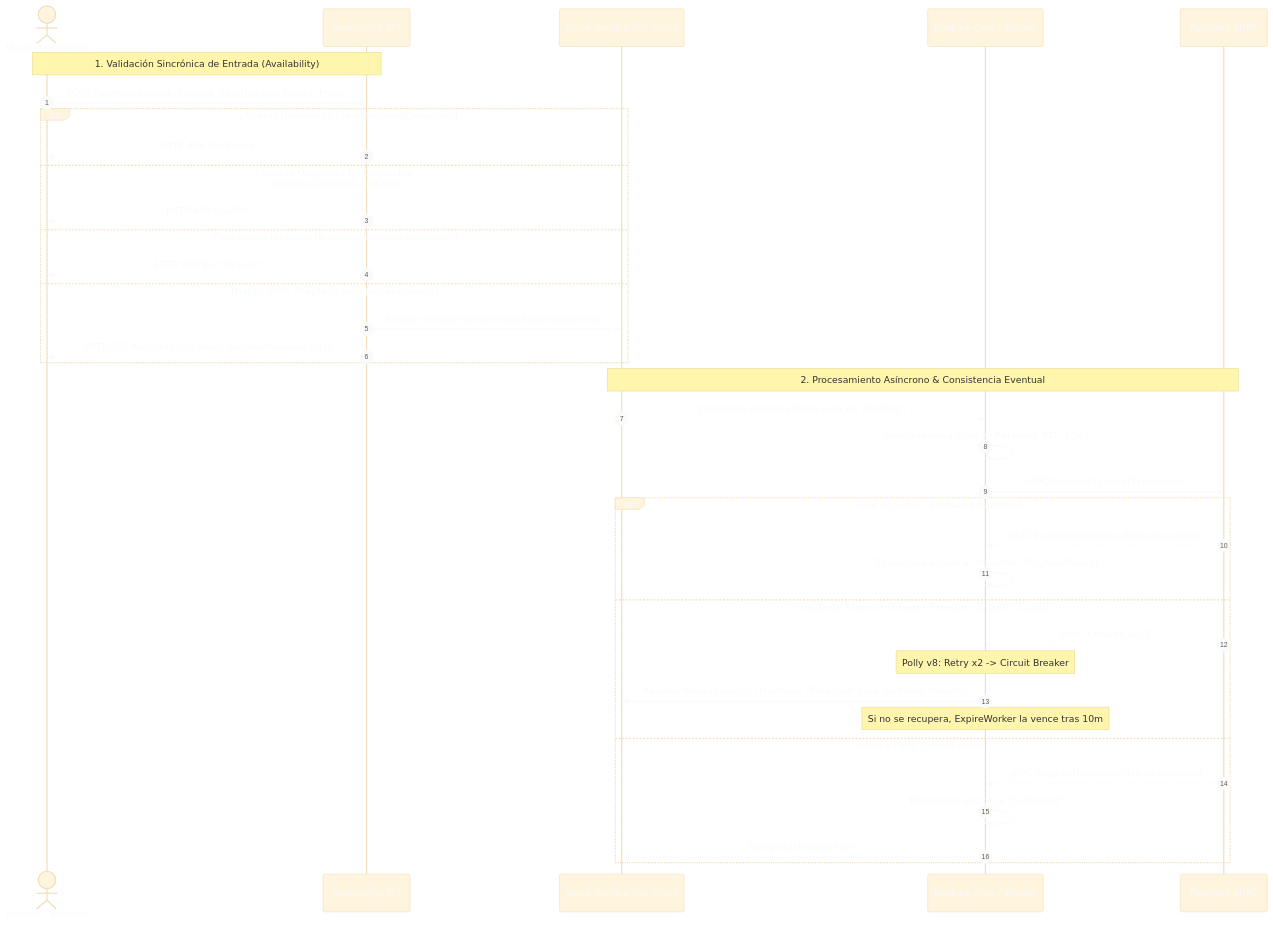
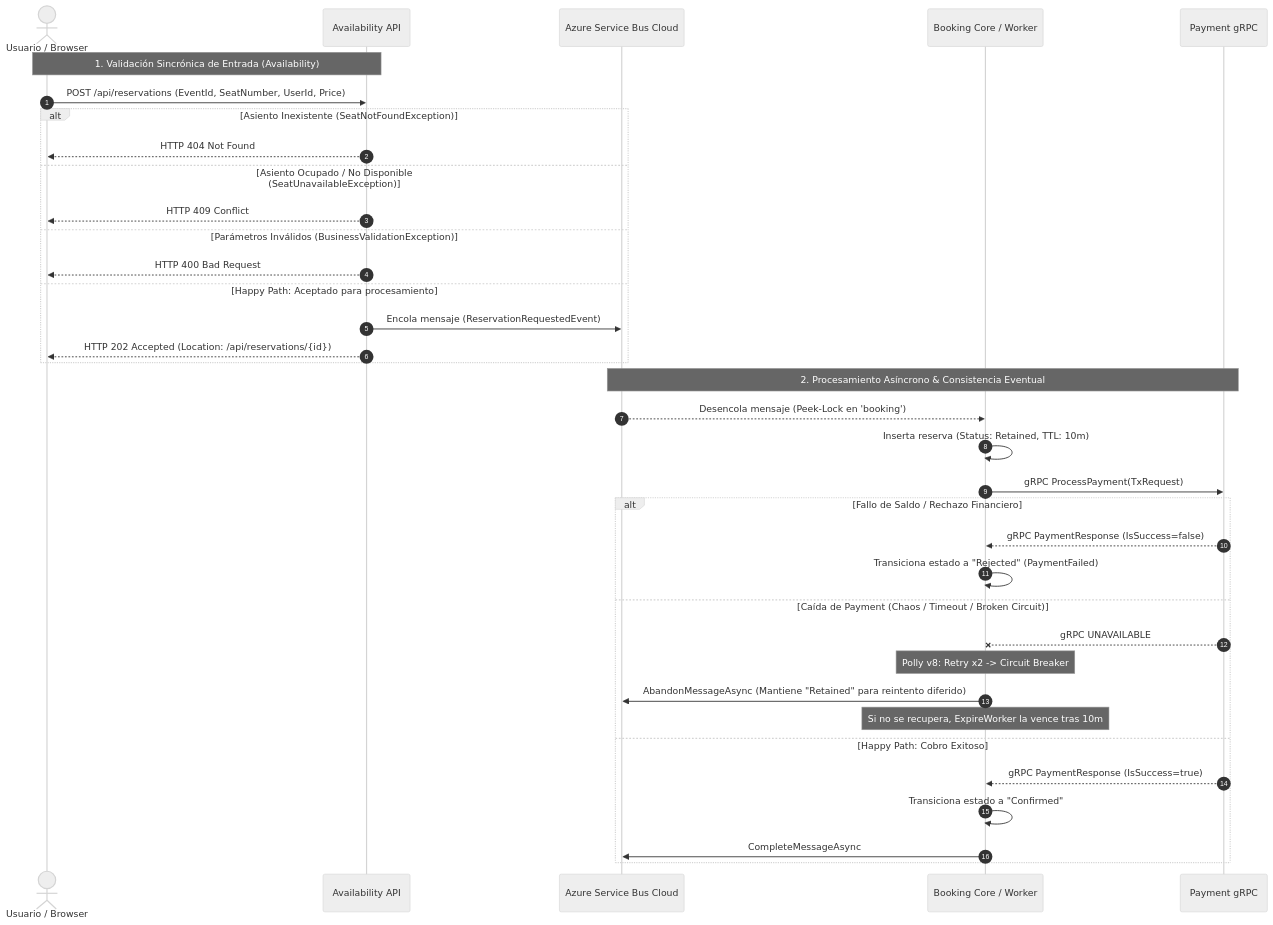
The fifth of 5 diagrams in docs/diagramas_arquitectura.md (arza-developer/tp-distribuidos-grupo2-asientos), drawn with Mermaid before and after one commit. The commit also changed other lines of this file and 11 other files, not shown here.

Commit message:
docs: corregir contraste neutral mermaid, eliminar inconsistencias y sincronizar e2e

````diff
--- a/docs/diagramas_arquitectura.md
+++ b/docs/diagramas_arquitectura.md
@@ -294,52 +228,43 @@
 ```mermaid
-%%{init: {
-  'theme': 'base',
-  'themeVariables': {
-    'fontSize': '12px',
-    'fontFamily': 'Segoe UI, Helvetica, sans-serif',
-    'primaryTextColor': '#f8fafc',
-    'edgeLabelBackground': '#1e293b',
-    'lineColor': '#94a3b8'
-  }
-}}%%
+%%{init: {'theme': 'neutral'}}%%
 sequenceDiagram
     autonumber
     actor User as Usuario / Browser
     participant Avail as Availability API
     participant Broker as Azure Service Bus Cloud
     participant Booking as Booking Core / Worker
     participant Payment as Payment gRPC
 
     Note over User,Avail: 1. Validación Sincrónica de Entrada (Availability)
     User->>Avail: POST /api/reservations (EventId, SeatNumber, UserId, Price)
     
     alt Asiento Inexistente (SeatNotFoundException)
         Avail-->>User: HTTP 404 Not Found
     else Asiento Ocupado / No Disponible (SeatUnavailableException)
         Avail-->>User: HTTP 409 Conflict
     else Parámetros Inválidos (BusinessValidationException)
         Avail-->>User: HTTP 400 Bad Request
     else Happy Path: Aceptado para procesamiento
         Avail->>Broker: Encola mensaje (ReservationRequestedEvent)
         Avail-->>User: HTTP 202 Accepted (Location: /api/reservations/{id})
     end
 
     Note over Broker,Payment: 2. Procesamiento Asíncrono & Consistencia Eventual
     Broker-->>Booking: Desencola mensaje (Peek-Lock en 'booking')
     Booking->>Booking: Inserta reserva (Status: Retained, TTL: 10m)
     Booking->>Payment: gRPC ProcessPayment(TxRequest)
     
     alt Fallo de Saldo / Rechazo Financiero
         Payment-->>Booking: gRPC PaymentResponse (IsSuccess=false)
         Booking->>Booking: Transiciona estado a "Rejected" (PaymentFailed)
     else Caída de Payment (Chaos / Timeout / Broken Circuit)
         Payment--xBooking: gRPC UNAVAILABLE
         Note over Booking: Polly v8: Retry x2 -> Circuit Breaker
         Booking->>Broker: AbandonMessageAsync (Mantiene "Retained" para reintento diferido)
         Note over Booking: Si no se recupera, ExpireWorker la vence tras 10m
     else Happy Path: Cobro Exitoso
         Payment-->>Booking: gRPC PaymentResponse (IsSuccess=true)
         Booking->>Booking: Transiciona estado a "Confirmed"
         Booking->>Broker: CompleteMessageAsync
     end
 ```
````
